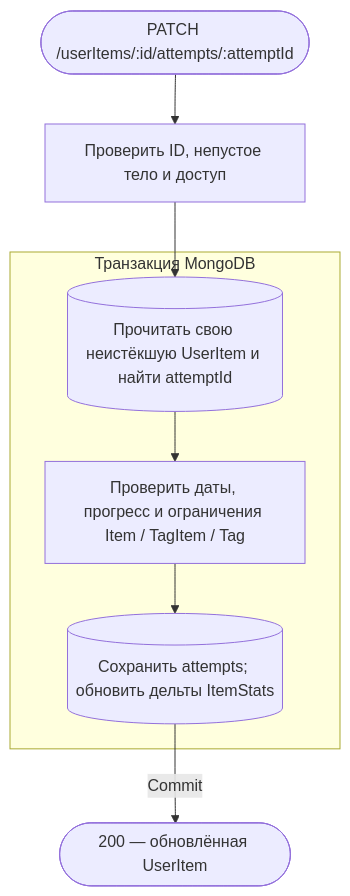
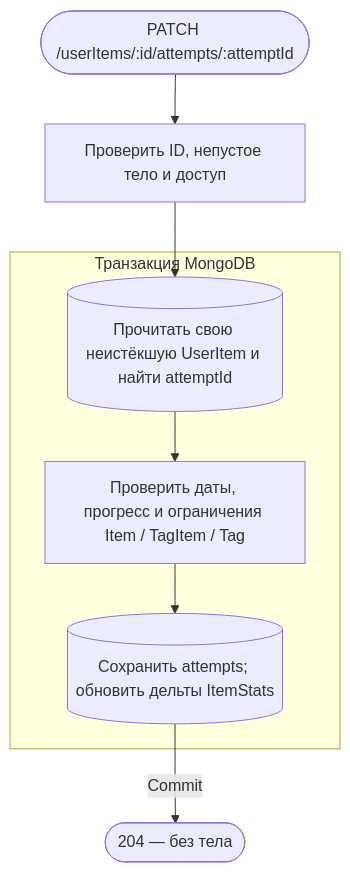
The eighth of 8 diagrams in apps/api/public/docs/api/requestFlows/userItems.md (AmyGrooove/f95-tinder), drawn with Mermaid before and after one commit. The commit also changed other lines of this file and 230 other files, not shown here.

````diff
--- a/apps/api/public/docs/api/requestFlows/userItems.md
+++ b/apps/api/public/docs/api/requestFlows/userItems.md
@@ -177,13 +177,13 @@
 ```mermaid
 flowchart TD
     accTitle: Изменение попытки просмотра
     accDescr: Найти попытку в собственной UserItem, проверить изменения и сохранить попытки со статистикой в одной транзакции
     A(["PATCH /userItems/:id/attempts/:attemptId"]):::http --> B["Проверить ID, непустое тело и доступ"]:::action
     subgraph TX["Транзакция MongoDB"]
         C[("Прочитать свою неистёкшую UserItem и найти attemptId")]:::data
         C --> D["Проверить даты, прогресс и ограничения Item / TagItem / Tag"]:::action
         D --> E[("Сохранить attempts; обновить дельты ItemStats")]:::data
     end
     B --> C
-    E -->|Commit| R(["200 — обновлённая UserItem"]):::http
+    E -->|Commit| R(["204 — без тела"]):::http
 ```
````
